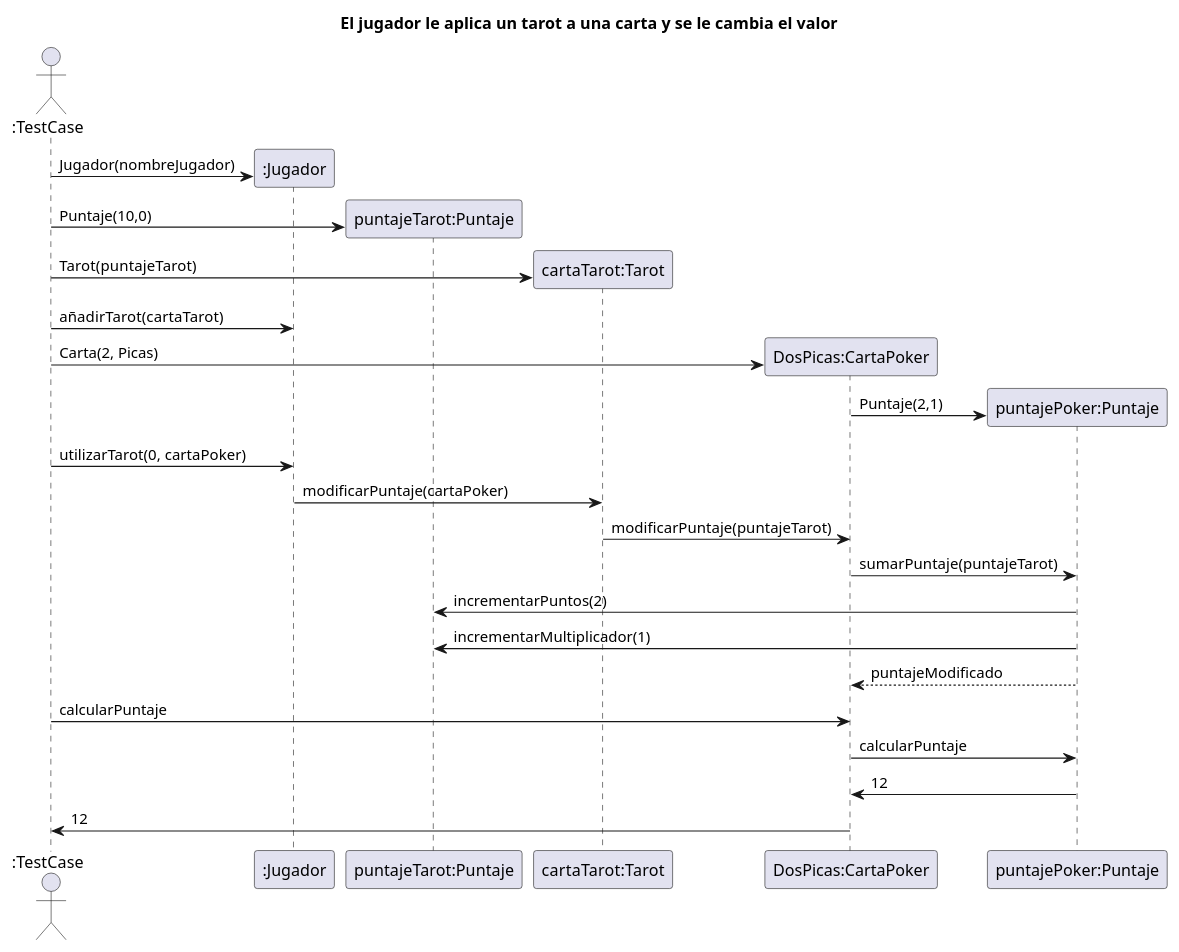
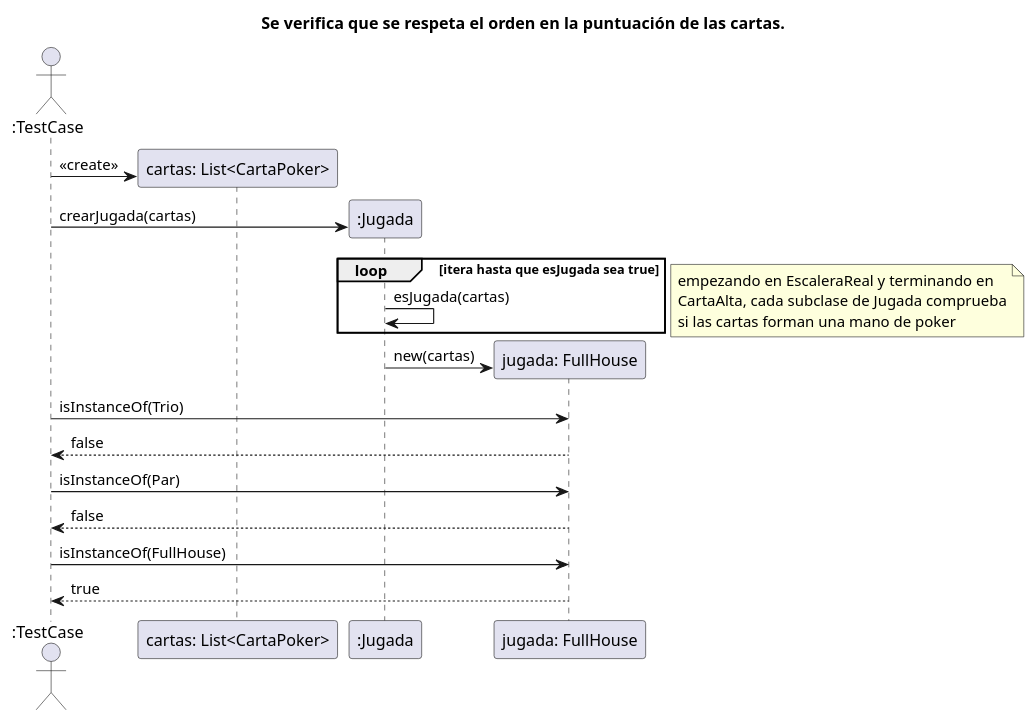
Before and after one commit to carruizdiaz1109/UBAlatro: the diagram in diagrams/sequences/Entrega1/test05.puml, drawn with PlantUML. The commit also changed 4 other files, not shown here.

Commit message:
armo diagrama de secuencia del caso 5 de la entrega1

```diff
--- a/diagrams/sequences/Entrega1/test05.puml
+++ b/diagrams/sequences/Entrega1/test05.puml
@@ -1,34 +1,34 @@
 @startuml
 'https://plantuml.com/sequence-diagram
 
-title El jugador le aplica un tarot a una carta y se le cambia el valor
+title Se verifica que se respeta el orden en la puntuación de las cartas.
+
 
 actor ":TestCase" as user
-participant ":Jugador" as jugador
-participant "puntajeTarot:Puntaje" as puntajeTarot
-participant "cartaTarot:Tarot" as tarot
-participant "DosPicas:CartaPoker" as carta
-participant "puntajePoker:Puntaje" as puntajePoker
+participant "cartas: List<CartaPoker>" as cartas
+participant ":Jugada" as jugada
+participant "jugada: FullHouse" as fullHouse
 
+user -> cartas**: <<create>>
 
-user -> jugador**: Jugador(nombreJugador)
-user -> puntajeTarot**: Puntaje(10,0)
-user -> tarot**: Tarot(puntajeTarot)
-user -> jugador: añadirTarot(cartaTarot)
-user -> carta**: Carta(2, Picas)
-carta -> puntajePoker**: Puntaje(2,1)
+user -> jugada**: crearJugada(cartas)
 
-user -> jugador: utilizarTarot(0, cartaPoker)
-jugador -> tarot: modificarPuntaje(cartaPoker)
-tarot -> carta: modificarPuntaje(puntajeTarot)
-carta -> puntajePoker: sumarPuntaje(puntajeTarot)
-puntajePoker -> puntajeTarot: incrementarPuntos(2)
-puntajePoker -> puntajeTarot: incrementarMultiplicador(1)
-puntajePoker --> carta: puntajeModificado
+loop itera hasta que esJugada sea true
+    jugada -> jugada: esJugada(cartas)
+end
+note left
+    empezando en EscaleraReal y terminando en
+    CartaAlta, cada subclase de Jugada comprueba
+    si las cartas forman una mano de poker
+end note
 
-user -> carta: calcularPuntaje
-carta -> puntajePoker: calcularPuntaje
-puntajePoker -> carta: 12
-carta -> user: 12
+jugada -> fullHouse**: new(cartas)
+
+user -> fullHouse: isInstanceOf(Trio)
+fullHouse --> user: false
+user -> fullHouse: isInstanceOf(Par)
+fullHouse --> user: false
+user -> fullHouse: isInstanceOf(FullHouse)
+fullHouse --> user: true
 
 @enduml
```
